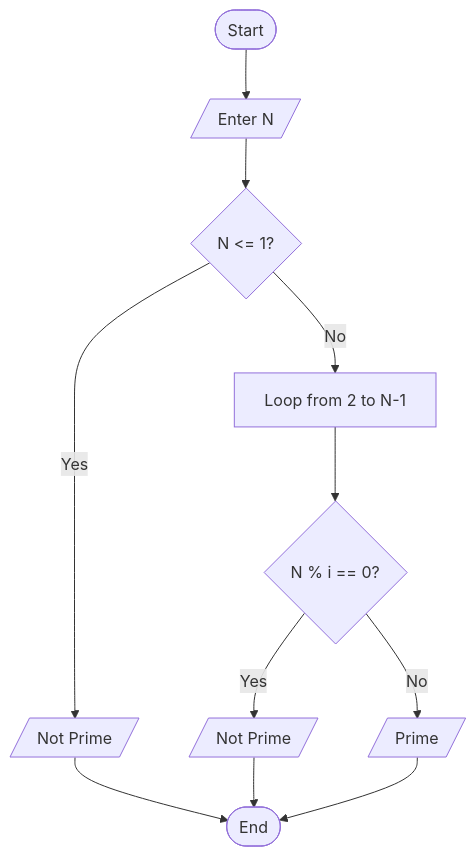
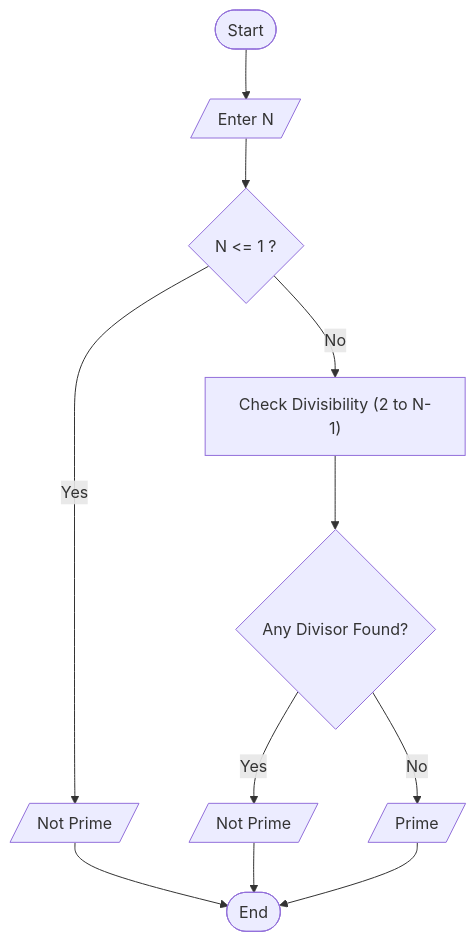
Before and after one commit to cwa-web/BasicPythonPrograms: the eighth of 20 diagrams in README.md, drawn with Mermaid. The commit also changed other lines of this file, not shown here.

First line of the commit message:
Refactor flow diagrams to use Mermaid syntax

````diff
--- a/README.md
+++ b/README.md
@@ -265,13 +277,13 @@
   ```mermaid
   flowchart TD
       A([Start]) --> B[/Enter N/]
-      B --> C{N <= 1?}
+      B --> C{"N <= 1 ?"}
       C -- Yes --> D[/Not Prime/]
-      C -- No --> E[Loop from 2 to N-1]
-      E --> F{N % i == 0?}
+      C -- No --> E["Check Divisibility (2 to N-1)"]
+      E --> F{"Any Divisor Found?"}
       F -- Yes --> G[/Not Prime/]
       F -- No --> H[/Prime/]
       D --> I([End])
       G --> I
       H --> I
   ```
````
